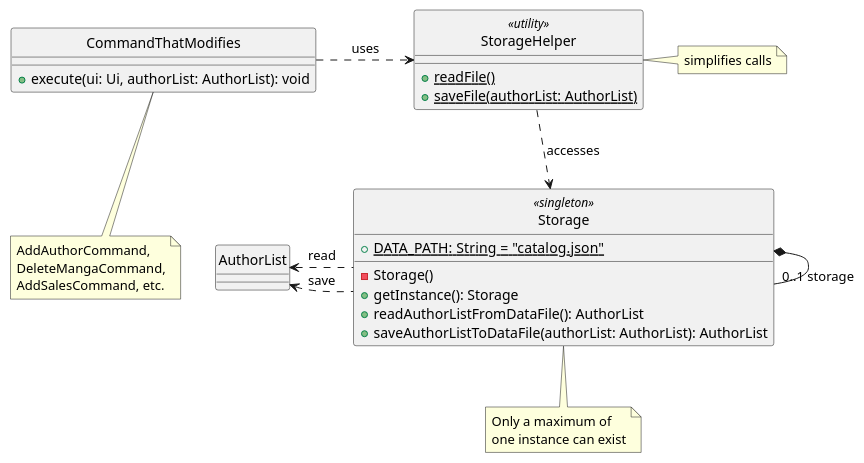
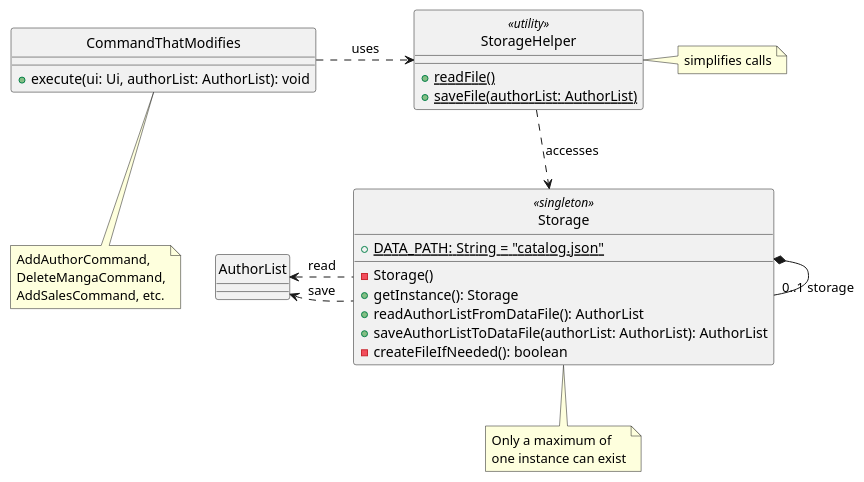
The diagram in docs/uml/Storage.puml (xenthm/tp), drawn with PlantUML before and after one commit. The commit also changed 1 other file, not shown here.

Commit message:
Update puml diagrams

```diff
--- a/docs/uml/Storage.puml
+++ b/docs/uml/Storage.puml
@@ -1,31 +1,32 @@
 @startuml
 hide circle
 
 class Storage <<singleton>> {
     + {static} DATA_PATH: String = "catalog.json"
     - Storage()
     + getInstance(): Storage
     + readAuthorListFromDataFile(): AuthorList
     + saveAuthorListToDataFile(authorList: AuthorList): AuthorList
+    - createFileIfNeeded(): boolean
 }
 Storage *-- "0..1 storage" Storage
 note bottom of Storage: Only a maximum of\none instance can exist
 
 class StorageHelper <<utility>> {
     + {static} readFile()
     + {static} saveFile(authorList: AuthorList)
 }
 note right: simplifies calls
 StorageHelper ..> Storage : accesses
 
 class CommandThatModifies {
     + execute(ui: Ui, authorList: AuthorList): void
 }
 note bottom: AddAuthorCommand,\nDeleteMangaCommand,\nAddSalesCommand, etc.
 CommandThatModifies .> StorageHelper : uses
 
 class AuthorList
 AuthorList <. Storage : read
 AuthorList <. Storage : save
 
 @enduml
```
